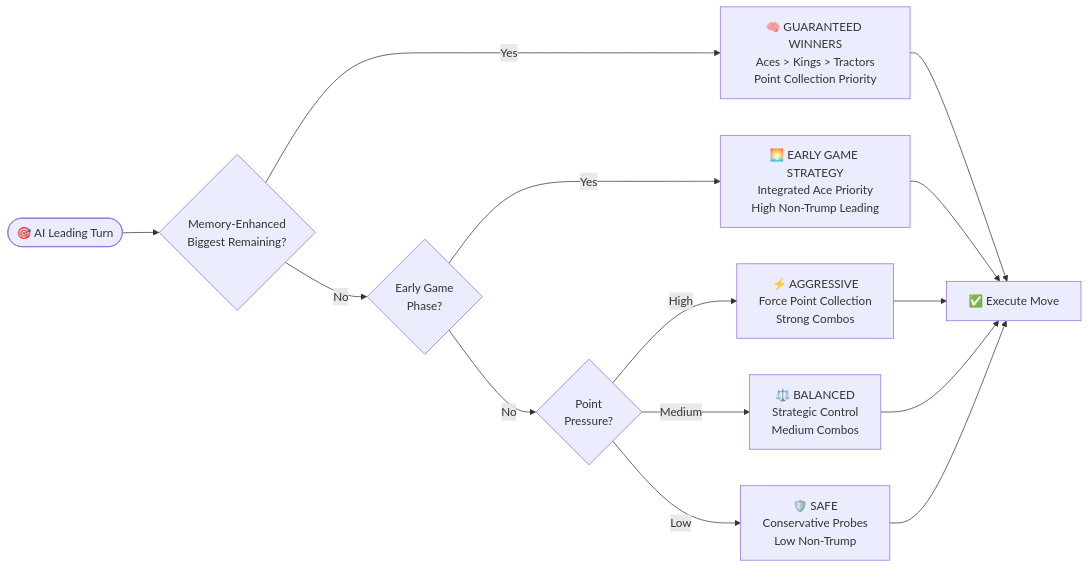
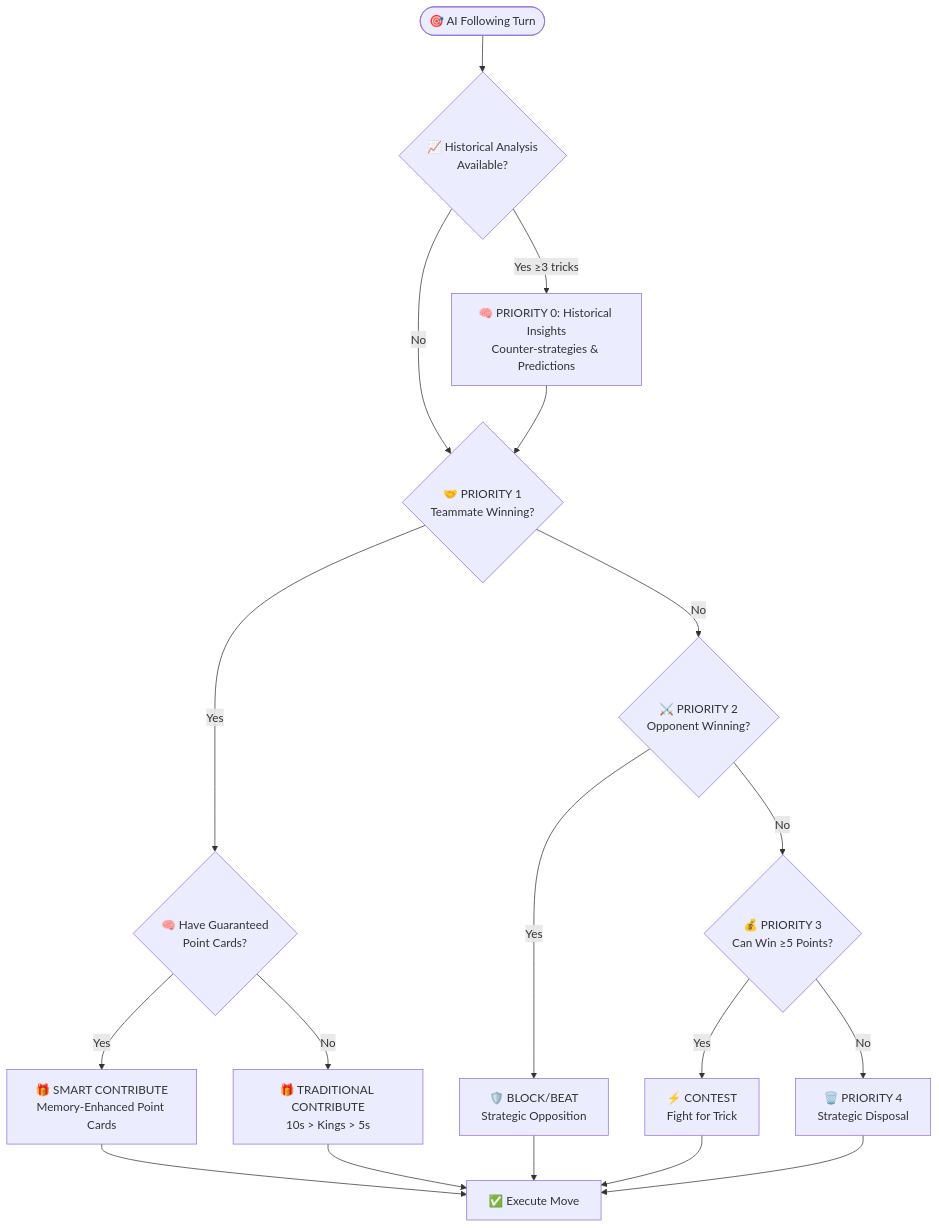
Before and after one commit to ejfn/Tractor: the first of 6 diagrams in docs/AI_SYSTEM.md, drawn with Mermaid. The commit also changed other lines of this file and 3 other files, not shown here.

````diff
--- a/docs/AI_SYSTEM.md
+++ b/docs/AI_SYSTEM.md
@@ -39,17 +24,23 @@
 ```mermaid
-flowchart LR
-    Start([🎯 AI Leading Turn]) --> Memory{Memory-Enhanced<br/>Biggest Remaining?}
-    Memory -->|Yes| Guaranteed[🧠 GUARANTEED WINNERS<br/>Aces > Kings > Tractors<br/>Point Collection Priority]
-    Memory -->|No| Early{Early Game<br/>Phase?}
-    Early -->|Yes| EarlyGame[🌅 EARLY GAME STRATEGY<br/>Integrated Ace Priority<br/>High Non-Trump Leading]
-    Early -->|No| Pressure{Point<br/>Pressure?}
-    Pressure -->|High| Aggressive[⚡ AGGRESSIVE<br/>Force Point Collection<br/>Strong Combos]
-    Pressure -->|Medium| Balanced[⚖️ BALANCED<br/>Strategic Control<br/>Medium Combos]
-    Pressure -->|Low| Safe[🛡️ SAFE<br/>Conservative Probes<br/>Low Non-Trump]
+flowchart TD
+    Start([🎯 AI Following Turn]) --> Historical{📈 Historical Analysis<br/>Available?}
+    Historical -->|Yes ≥3 tricks| Phase4[🧠 PRIORITY 0: Historical Insights<br/>Counter-strategies & Predictions]
+    Historical -->|No| P1{🤝 PRIORITY 1<br/>Teammate Winning?}
     
-    Guaranteed --> Execute[✅ Execute Move]
-    EarlyGame --> Execute
-    Aggressive --> Execute
-    Balanced --> Execute
-    Safe --> Execute
+    Phase4 --> P1
+    P1 -->|Yes| Memory{🧠 Have Guaranteed<br/>Point Cards?}
+    Memory -->|Yes| SmartContribute[🎁 SMART CONTRIBUTE<br/>Memory-Enhanced Point Cards]
+    Memory -->|No| Contribute[🎁 TRADITIONAL CONTRIBUTE<br/>10s > Kings > 5s]
+    
+    P1 -->|No| P2{⚔️ PRIORITY 2<br/>Opponent Winning?}
+    P2 -->|Yes| Block[🛡️ BLOCK/BEAT<br/>Strategic Opposition]
+    P2 -->|No| P3{💰 PRIORITY 3<br/>Can Win ≥5 Points?}
+    P3 -->|Yes| Contest[⚡ CONTEST<br/>Fight for Trick]
+    P3 -->|No| P4[🗑️ PRIORITY 4<br/>Strategic Disposal]
+    
+    SmartContribute --> Execute[✅ Execute Move]
+    Contribute --> Execute
+    Block --> Execute
+    Contest --> Execute
+    P4 --> Execute
 ```
````
